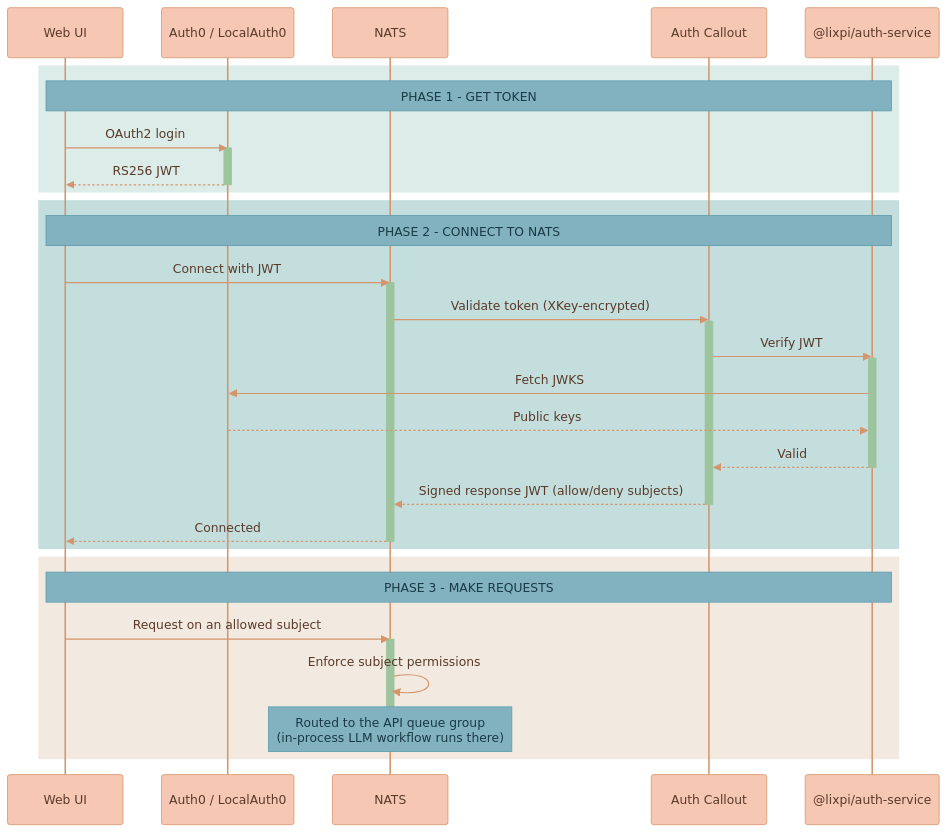
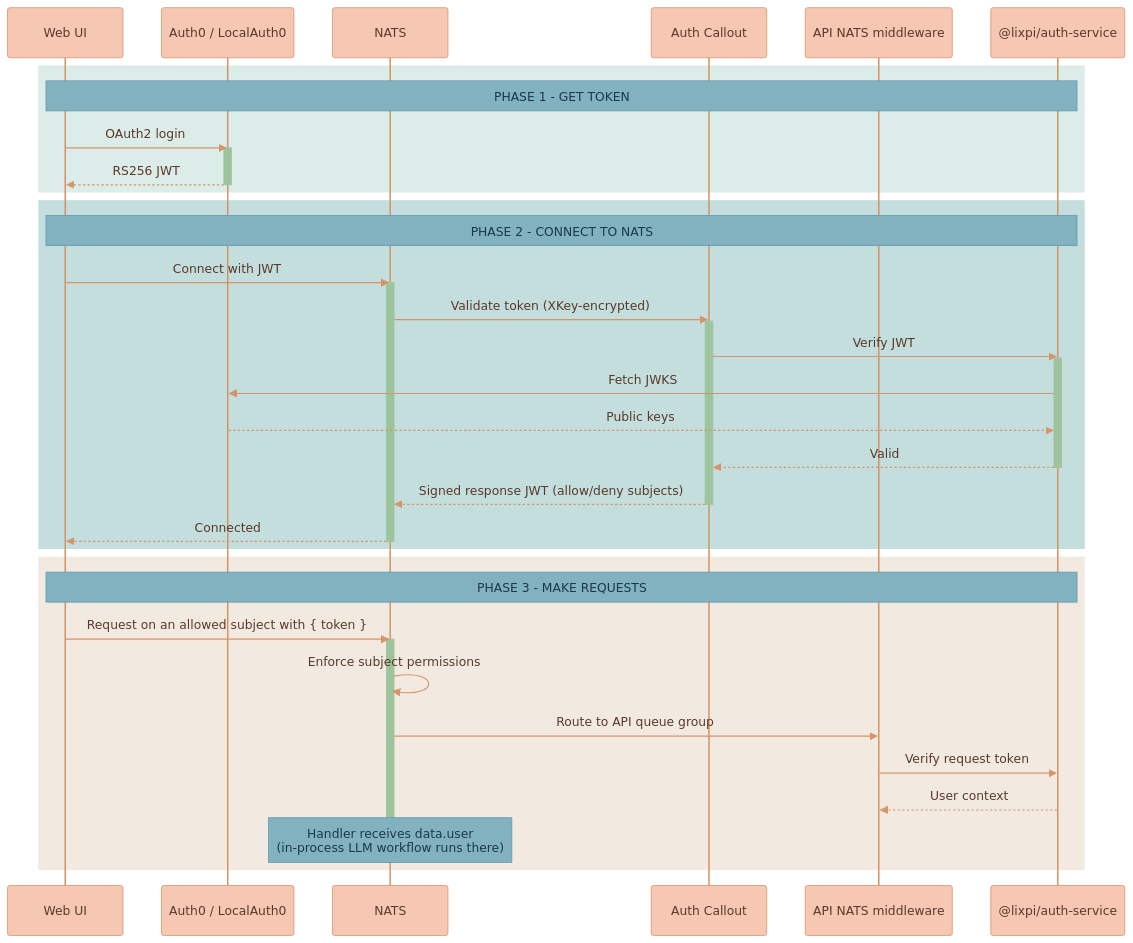
Before and after one commit to Lixpi/lixpi: the first of 3 diagrams in documentation/platform/AUTHENTICATION.md, drawn with Mermaid. The commit also changed other lines of this file and 46 other files, not shown here.

````diff
--- a/documentation/platform/AUTHENTICATION.md
+++ b/documentation/platform/AUTHENTICATION.md
@@ -27,53 +29,57 @@
 ```mermaid
 %%{init: {'theme': 'base', 'themeVariables': { 'noteBkgColor': '#82B2C0', 'noteTextColor': '#1a3a47', 'noteBorderColor': '#5a9aad', 'actorBkg': '#F6C7B3', 'actorBorder': '#d4956a', 'actorTextColor': '#5a3a2a', 'actorLineColor': '#d4956a', 'signalColor': '#d4956a', 'signalTextColor': '#5a3a2a', 'labelBoxBkgColor': '#F6C7B3', 'labelBoxBorderColor': '#d4956a', 'labelTextColor': '#5a3a2a', 'loopTextColor': '#5a3a2a', 'activationBorderColor': '#9DC49D', 'activationBkgColor': '#9DC49D', 'sequenceNumberColor': '#5a3a2a'}}}%%
 sequenceDiagram
     participant WebUI as Web UI
     participant Auth0 as Auth0 / LocalAuth0
     participant NATS as NATS
     participant AuthCallout as Auth Callout
+    participant API as API NATS middleware
     participant AuthSvc as @lixpi/auth-service
 
     %% ═══════════════════════════════════════════════════════════════
     %% PHASE 1: GET TOKEN
     %% ═══════════════════════════════════════════════════════════════
     rect rgb(220, 236, 233)
         Note over WebUI, AuthSvc: PHASE 1 - GET TOKEN
         WebUI->>Auth0: OAuth2 login
         activate Auth0
         Auth0-->>WebUI: RS256 JWT
         deactivate Auth0
     end
 
     %% ═══════════════════════════════════════════════════════════════
     %% PHASE 2: CONNECT TO NATS
     %% ═══════════════════════════════════════════════════════════════
     rect rgb(195, 222, 221)
         Note over WebUI, AuthSvc: PHASE 2 - CONNECT TO NATS
         WebUI->>NATS: Connect with JWT
         activate NATS
         NATS->>AuthCallout: Validate token (XKey-encrypted)
         activate AuthCallout
         AuthCallout->>AuthSvc: Verify JWT
         activate AuthSvc
         AuthSvc->>Auth0: Fetch JWKS
         Auth0-->>AuthSvc: Public keys
         AuthSvc-->>AuthCallout: Valid
         deactivate AuthSvc
         AuthCallout-->>NATS: Signed response JWT (allow/deny subjects)
         deactivate AuthCallout
         NATS-->>WebUI: Connected
         deactivate NATS
     end
 
     %% ═══════════════════════════════════════════════════════════════
     %% PHASE 3: MAKE REQUESTS
     %% ═══════════════════════════════════════════════════════════════
     rect rgb(242, 234, 224)
         Note over WebUI, AuthSvc: PHASE 3 - MAKE REQUESTS
-        WebUI->>NATS: Request on an allowed subject
+        WebUI->>NATS: Request on an allowed subject with { token }
         activate NATS
         NATS->>NATS: Enforce subject permissions
-        Note over NATS: Routed to the API queue group<br/>(in-process LLM workflow runs there)
+        NATS->>API: Route to API queue group
+        API->>AuthSvc: Verify request token
+        AuthSvc-->>API: User context
+        Note over NATS: Handler receives data.user<br/>(in-process LLM workflow runs there)
         deactivate NATS
     end
 ```
````
